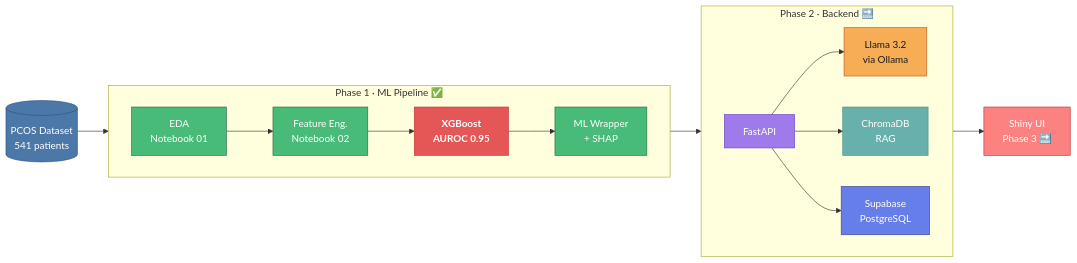
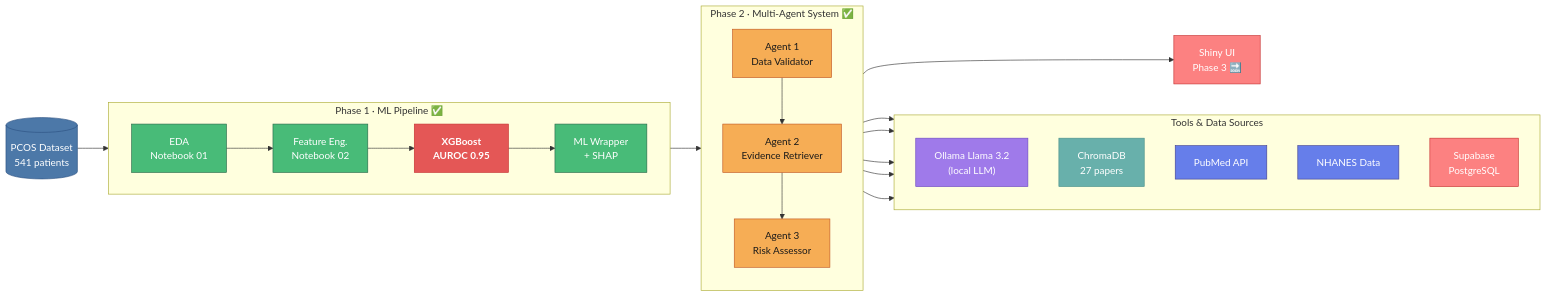
One commit to Kadambari-mirashi/PCOSense changed the diagram in README.md. Above: the diagram before and after it, drawn with Mermaid. The commit also changed other lines of this file and 9 other files, not shown here.

Commit message:
KD built the multi-agent pipeline with RAG and tool-calling

````diff
--- a/README.md
+++ b/README.md
@@ -37,38 +38,50 @@
 ```mermaid
 flowchart LR
     DATA[("PCOS Dataset\n541 patients")]:::data
 
     subgraph TRAIN["Phase 1 · ML Pipeline ✅"]
         direction LR
         EDA["EDA\nNotebook 01"]:::nb
         FEAT["Feature Eng.\nNotebook 02"]:::nb
         MODEL["XGBoost\nAUROC 0.95"]:::model
         WRAP["ML Wrapper\n+ SHAP"]:::nb
     end
 
-    subgraph BACKEND["Phase 2 · Backend 🔜"]
-        direction LR
-        API["FastAPI"]:::api
-        LLM["Llama 3.2\nvia Ollama"]:::llm
-        RAG["ChromaDB\nRAG"]:::rag
+    subgraph AGENTS["Phase 2 · Multi-Agent System ✅"]
+        direction TB
+        A1["Agent 1\nData Validator"]:::agent
+        A2["Agent 2\nEvidence Retriever"]:::agent
+        A3["Agent 3\nRisk Assessor"]:::agent
+        A1 --> A2 --> A3
+    end
+
+    subgraph TOOLS["Tools & Data Sources"]
+        direction TB
+        LLM["Ollama Llama 3.2\n(local LLM)"]:::llm
+        RAG["ChromaDB\n27 papers"]:::rag
+        PUB["PubMed API"]:::api
+        NHS["NHANES Data"]:::api
         DB["Supabase\nPostgreSQL"]:::db
     end
 
     UI["Shiny UI\nPhase 3 🔜"]:::ui
 
     DATA --> EDA --> FEAT --> MODEL --> WRAP
-    WRAP --> API
-    API --> LLM
-    API --> RAG
-    API --> DB
-    API --> UI
+    WRAP --> A1
+    A2 --> LLM
+    A2 --> RAG
+    A2 --> PUB
+    A3 --> NHS
+    A3 --> DB
+    A3 --> UI
 
     classDef data  fill:#4C78A8,stroke:#2c5282,color:#fff
     classDef nb    fill:#48bb78,stroke:#276749,color:#fff
     classDef model fill:#E45756,stroke:#c53030,color:#fff,font-weight:bold
-    classDef api   fill:#9f7aea,stroke:#6b46c1,color:#fff
-    classDef llm   fill:#f6ad55,stroke:#c05621,color:#1a1a1a
+    classDef agent fill:#f6ad55,stroke:#c05621,color:#1a1a1a
+    classDef llm   fill:#9f7aea,stroke:#6b46c1,color:#fff
     classDef rag   fill:#68b0ab,stroke:#4a908a,color:#fff
-    classDef db    fill:#667eea,stroke:#434190,color:#fff
+    classDef api   fill:#667eea,stroke:#434190,color:#fff
+    classDef db    fill:#fc8181,stroke:#c53030,color:#fff
     classDef ui    fill:#fc8181,stroke:#c53030,color:#fff
 ```
````
